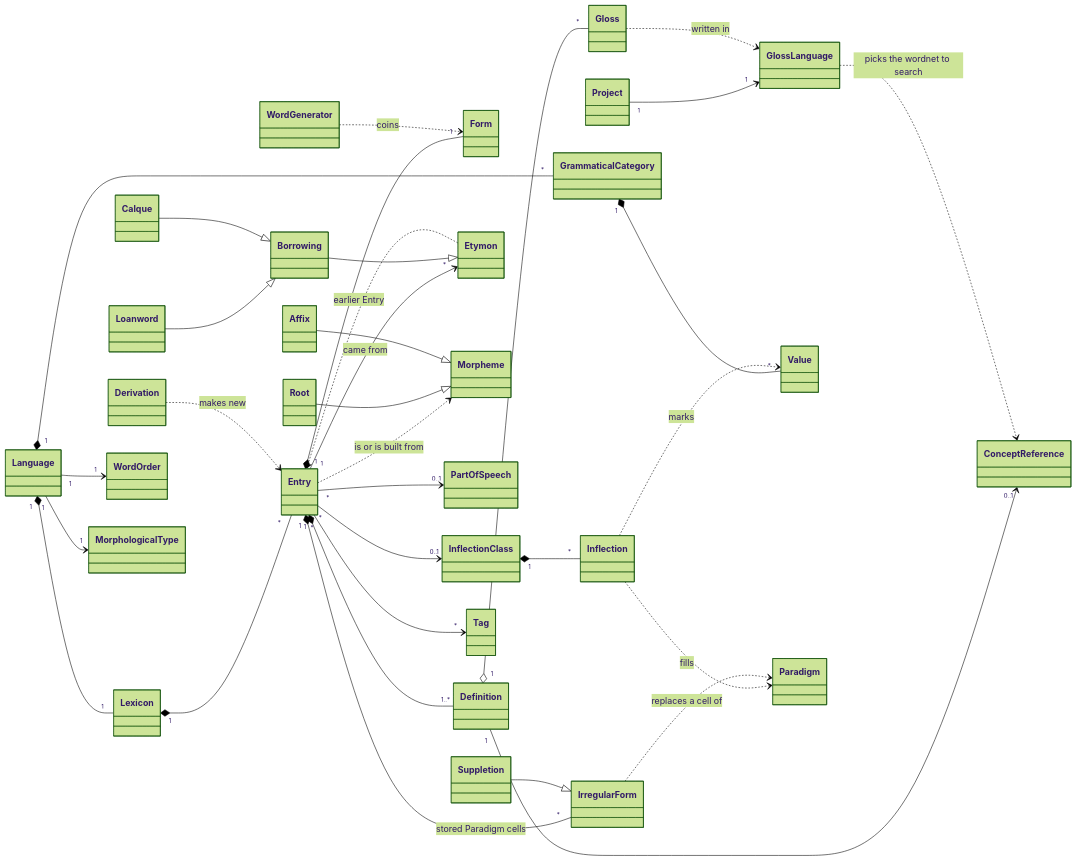
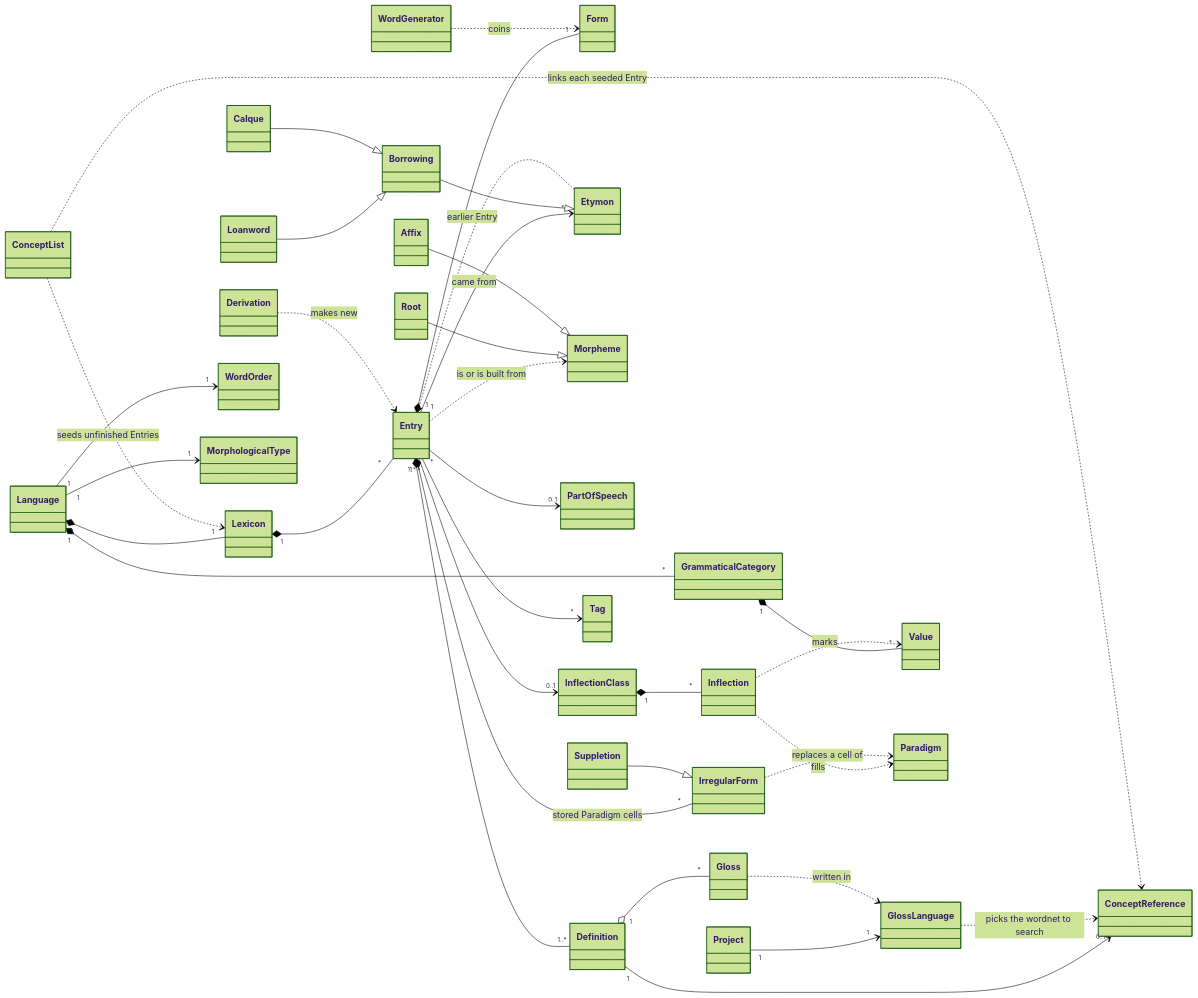
The fourth of 5 diagrams in agent-docs/domain-diagram.md (PrestonHager/Wordweaver), drawn with Mermaid (forest theme) before and after one commit. The commit also changed 14 other files, not shown here.

````diff
--- a/agent-docs/domain-diagram.md
+++ b/agent-docs/domain-diagram.md
@@ -76,36 +76,38 @@
 ```mermaid
 classDiagram
     direction LR
     Language "1" *-- "1" Lexicon
     Lexicon "1" *-- "*" Entry
     Entry "1" *-- "1" Form
     Entry "1" *-- "1..*" Definition
     Definition "1" o-- "*" Gloss
     Definition "1" --> "0..1" ConceptReference
     Project "1" --> "1" GlossLanguage
     Gloss ..> GlossLanguage : written in
     GlossLanguage ..> ConceptReference : picks the wordnet to search
     Entry "1" --> "*" Etymon : came from
     Etymon ..> Entry : earlier Entry
     Borrowing --|> Etymon
     Loanword --|> Borrowing
     Calque --|> Borrowing
     WordGenerator ..> Form : coins
     Entry ..> Morpheme : is or is built from
     Root --|> Morpheme
     Affix --|> Morpheme
     Entry "*" --> "0..1" PartOfSpeech
     Entry "*" --> "0..1" InflectionClass
     Entry "*" --> "*" Tag
+    ConceptList ..> Lexicon : seeds unfinished Entries
+    ConceptList ..> ConceptReference : links each seeded Entry
     InflectionClass "1" *-- "*" Inflection
     Language "1" *-- "*" GrammaticalCategory
     GrammaticalCategory "1" *-- "*" Value
     Inflection ..> Value : marks
     Inflection ..> Paradigm : fills
     Entry "1" *-- "*" IrregularForm : stored Paradigm cells
     IrregularForm ..> Paradigm : replaces a cell of
     Suppletion --|> IrregularForm
     Derivation ..> Entry : makes new
     Language "1" --> "1" WordOrder
     Language "1" --> "1" MorphologicalType
 ```
````
